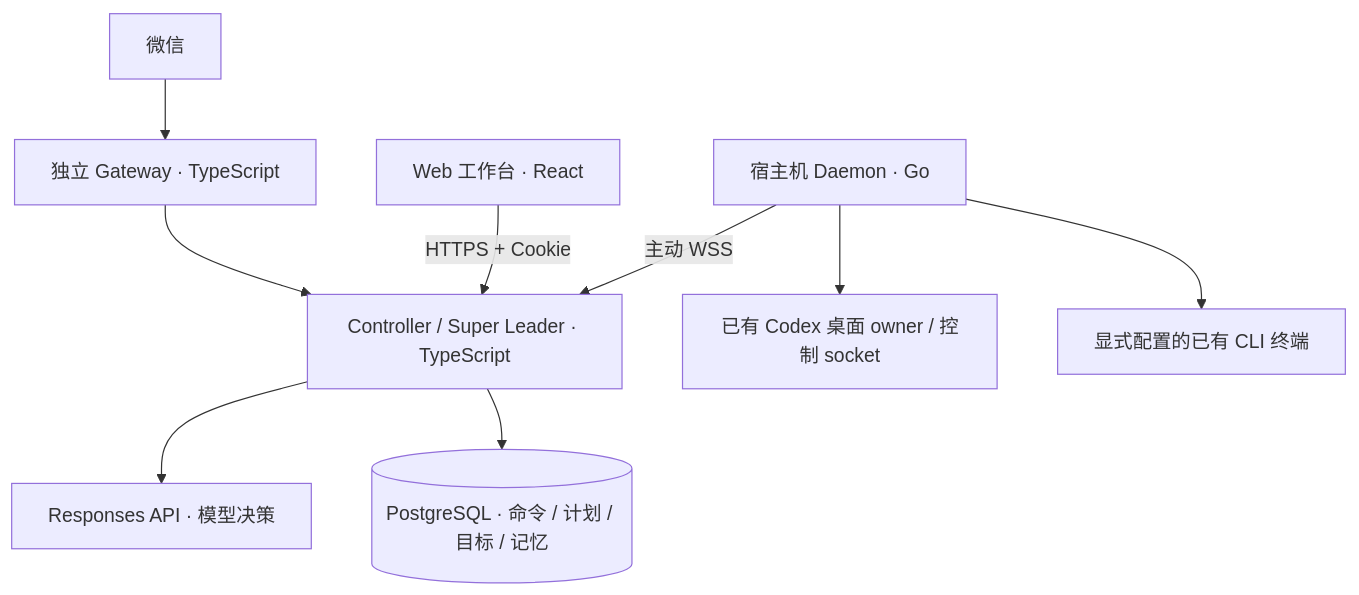
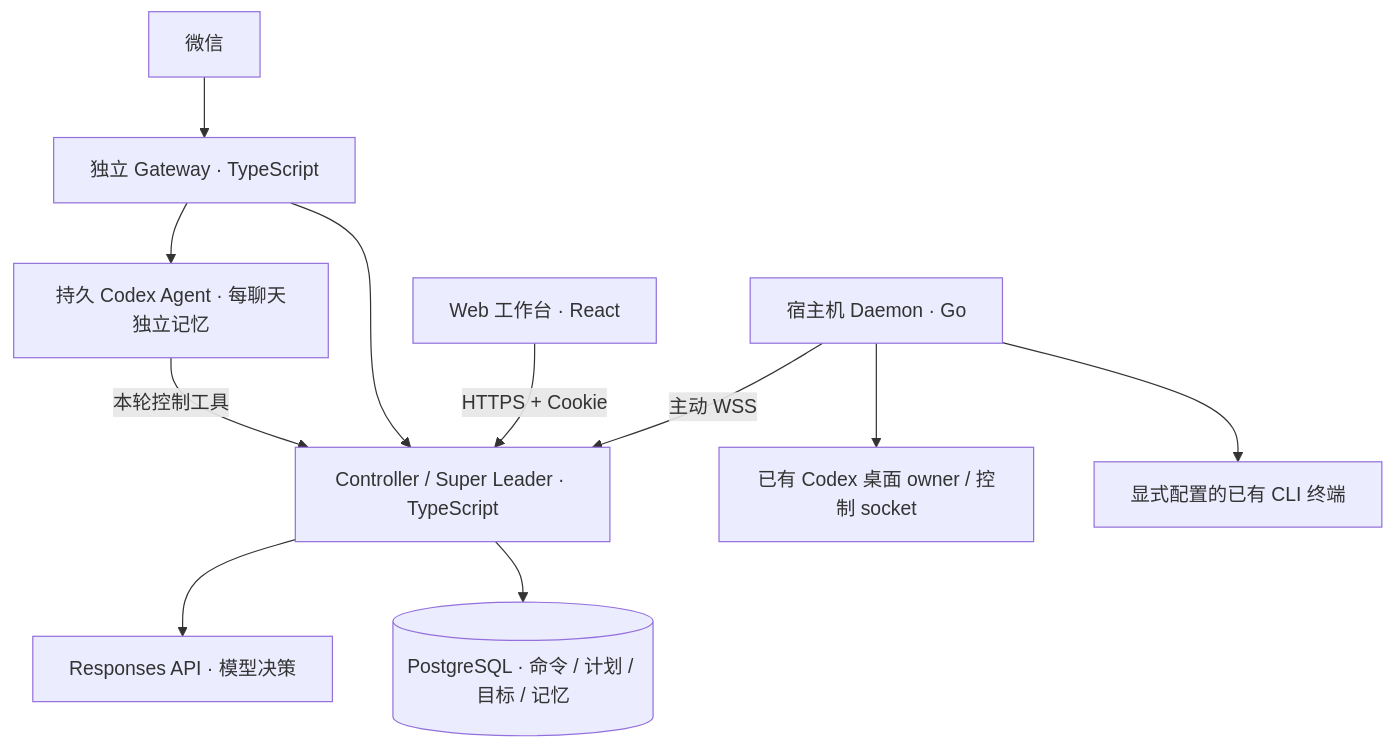
Before and after one commit to TaoSama/wechat-super-leader-bot: the diagram in README.md, drawn with Mermaid. The commit also changed other lines of this file and 34 other files, not shown here.

````diff
--- a/README.md
+++ b/README.md
@@ -8,11 +8,13 @@
 ```mermaid
 flowchart TB
   WX["微信"] --> GW["独立 Gateway · TypeScript"]
+  GW --> CA["持久 Codex Agent · 每聊天独立记忆"]
+  CA -->|本轮控制工具| C
   GW --> C["Controller / Super Leader · TypeScript"]
   W["Web 工作台 · React"] -->|HTTPS + Cookie| C
   C --> M["Responses API · 模型决策"]
   C --> PG[("PostgreSQL · 命令 / 计划 / 目标 / 记忆")]
   D["宿主机 Daemon · Go"] -->|主动 WSS| C
   D --> O["已有 Codex 桌面 owner / 控制 socket"]
   D --> T["显式配置的已有 CLI 终端"]
 ```
````
